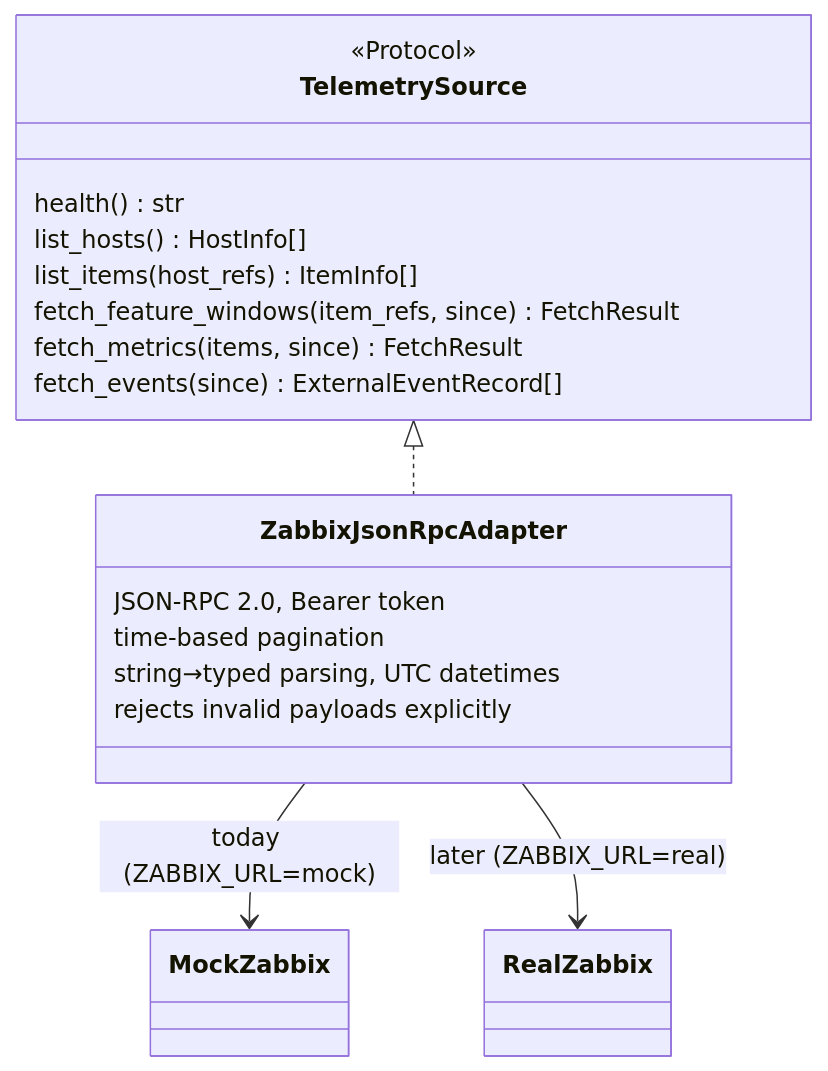
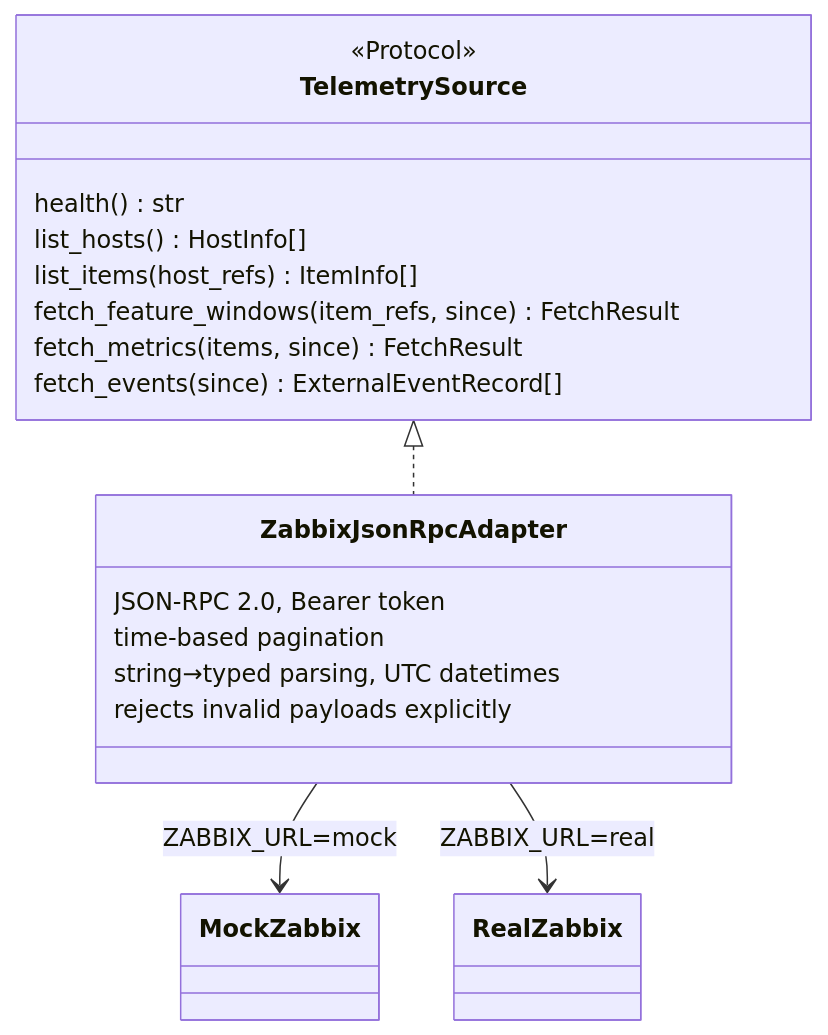
The second of 6 diagrams in docs/architecture.md (ab2ssamad6/pfa), drawn with Mermaid before and after one commit. The commit also changed other lines of this file and 7 other files, not shown here.

````diff
--- a/docs/architecture.md
+++ b/docs/architecture.md
@@ -39,21 +39,21 @@
 ```mermaid
 classDiagram
   class TelemetrySource {
     <<Protocol>>
     health() str
     list_hosts() HostInfo[]
     list_items(host_refs) ItemInfo[]
     fetch_feature_windows(item_refs, since) FetchResult
     fetch_metrics(items, since) FetchResult
     fetch_events(since) ExternalEventRecord[]
   }
   class ZabbixJsonRpcAdapter {
     JSON-RPC 2.0, Bearer token
     time-based pagination
     string→typed parsing, UTC datetimes
     rejects invalid payloads explicitly
   }
   TelemetrySource <|.. ZabbixJsonRpcAdapter
-  ZabbixJsonRpcAdapter --> MockZabbix : today (ZABBIX_URL=mock)
-  ZabbixJsonRpcAdapter --> RealZabbix : later (ZABBIX_URL=real)
+  ZabbixJsonRpcAdapter --> MockZabbix : ZABBIX_URL=mock
+  ZabbixJsonRpcAdapter --> RealZabbix : ZABBIX_URL=real
 ```
````
